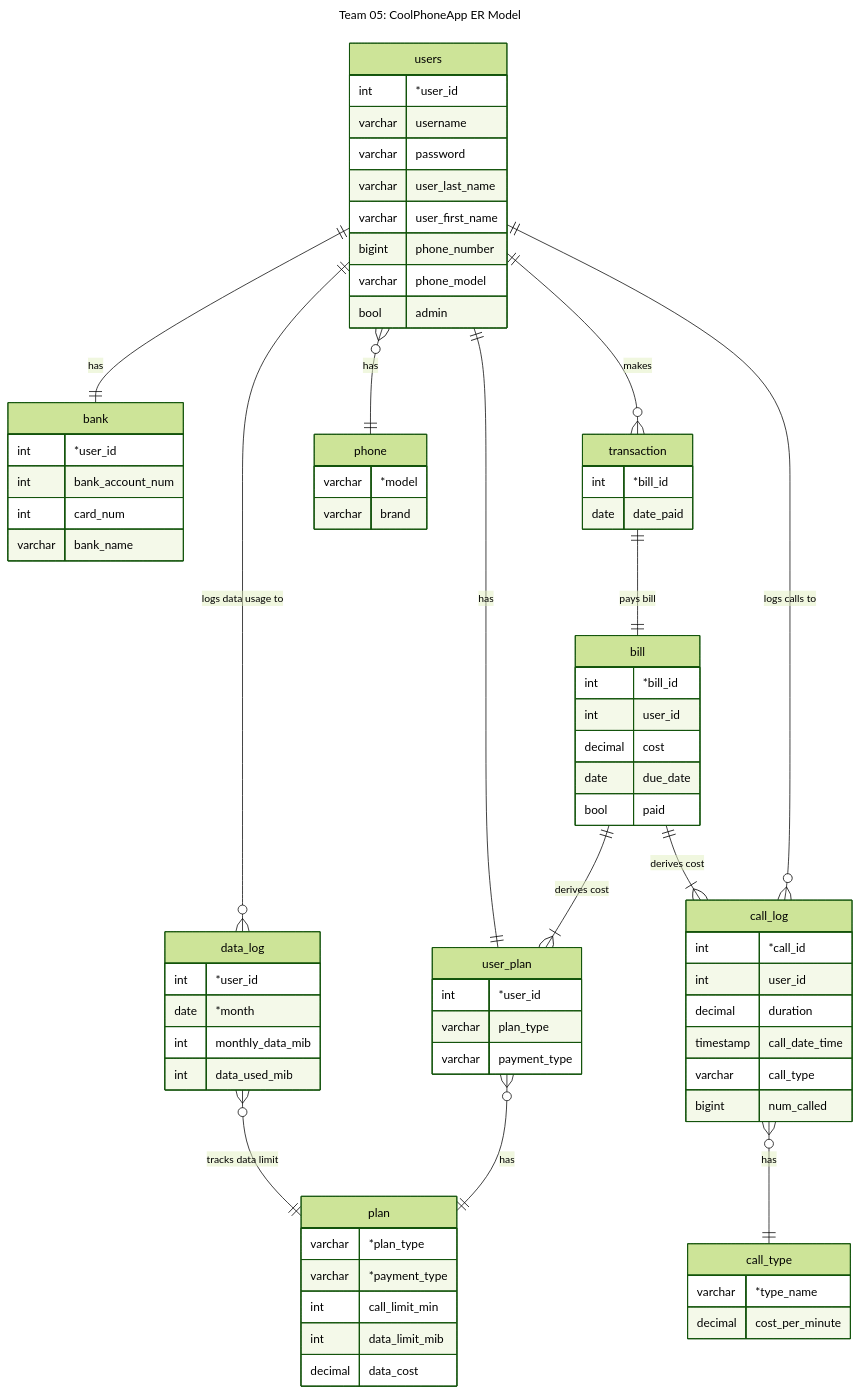
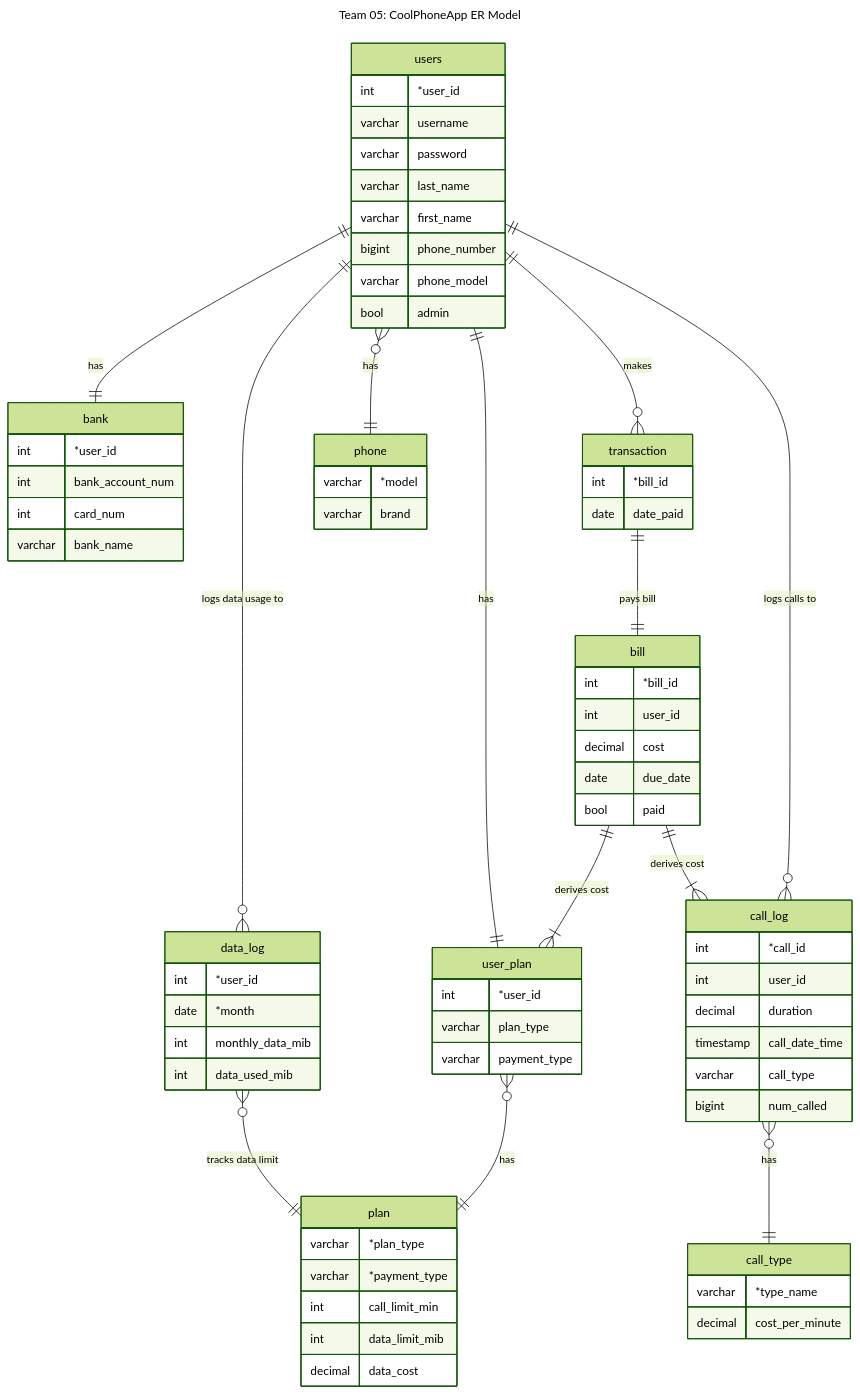
Before and after one commit to frandylion/CoolPhoneWebApp: the diagram in er_model_mermaid.mmd, drawn with Mermaid (forest theme). The commit also changed 7 other files, not shown here.

```diff
--- a/er_model_mermaid.mmd
+++ b/er_model_mermaid.mmd
@@ -1,95 +1,95 @@
 ---
 title: "Team 05: CoolPhoneApp ER Model"
 ---
 erDiagram
     %% mmdc -i er_model_mermaid.mmd -o er_model.png --scale 4
 
     users {
         int *user_id
         varchar username
         varchar password
-        varchar user_last_name
-        varchar user_first_name
+        varchar last_name
+        varchar first_name
         bigint phone_number
         varchar phone_model
         bool admin
     }
 
     users ||--o{ data_log : "logs data usage to"
     users ||--|| bank : "has"
     users ||--o{ call_log : "logs calls to"
     users ||--o{ transaction : "makes"
     users }o--|| phone : "has"
     
     user_plan {
         int *user_id
         varchar plan_type
         varchar payment_type
     }
 
     user_plan }o--|| plan : "has"
 
     phone {
         varchar *model
         varchar brand
     }
     
     call_log {
         int *call_id
         int user_id
         decimal duration
         timestamp call_date_time
         varchar call_type
         bigint num_called
     }
     call_log }o--|| call_type : "has"
     
     data_log {
         int *user_id
         date *month
         int monthly_data_mib
         int data_used_mib
     }
 
     data_log }o--|| plan : "tracks data limit"
     
     call_type {
         varchar *type_name
         decimal cost_per_minute
     }
     
     plan {
         varchar *plan_type
         varchar *payment_type
         int call_limit_min
         int data_limit_mib
         decimal data_cost
     }
     
     bank {
         int *user_id
         int bank_account_num
         int card_num
         varchar bank_name
     }
     
     transaction {
         int *bill_id
         date date_paid
     }
     
     transaction ||--|| bill : "pays bill"
 
     bill {
         int *bill_id
         int user_id
         decimal cost
         date due_date
         bool paid
     }
 
     bill ||--|{ call_log : "derives cost"
     bill ||--|{ user_plan : "derives cost"
 
     %% has to go down here to avoid line crossing
     users ||--|| user_plan : "has"
```
